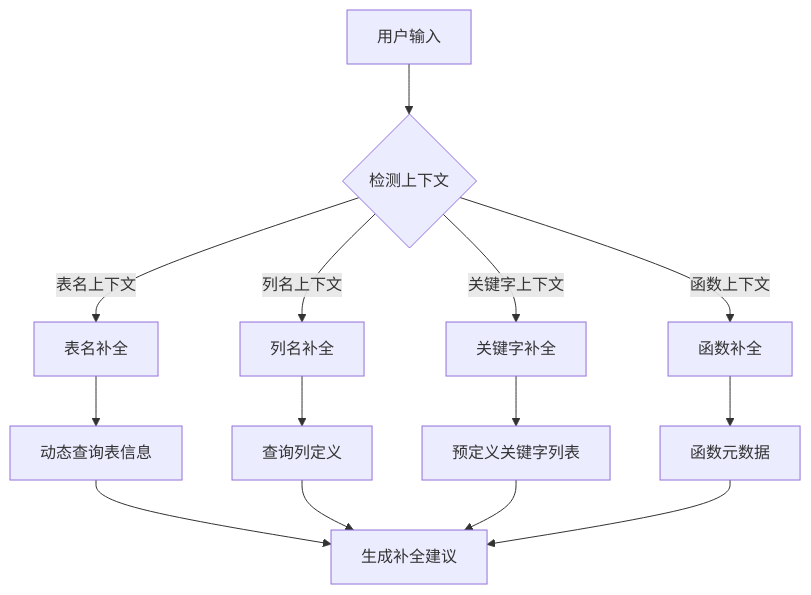
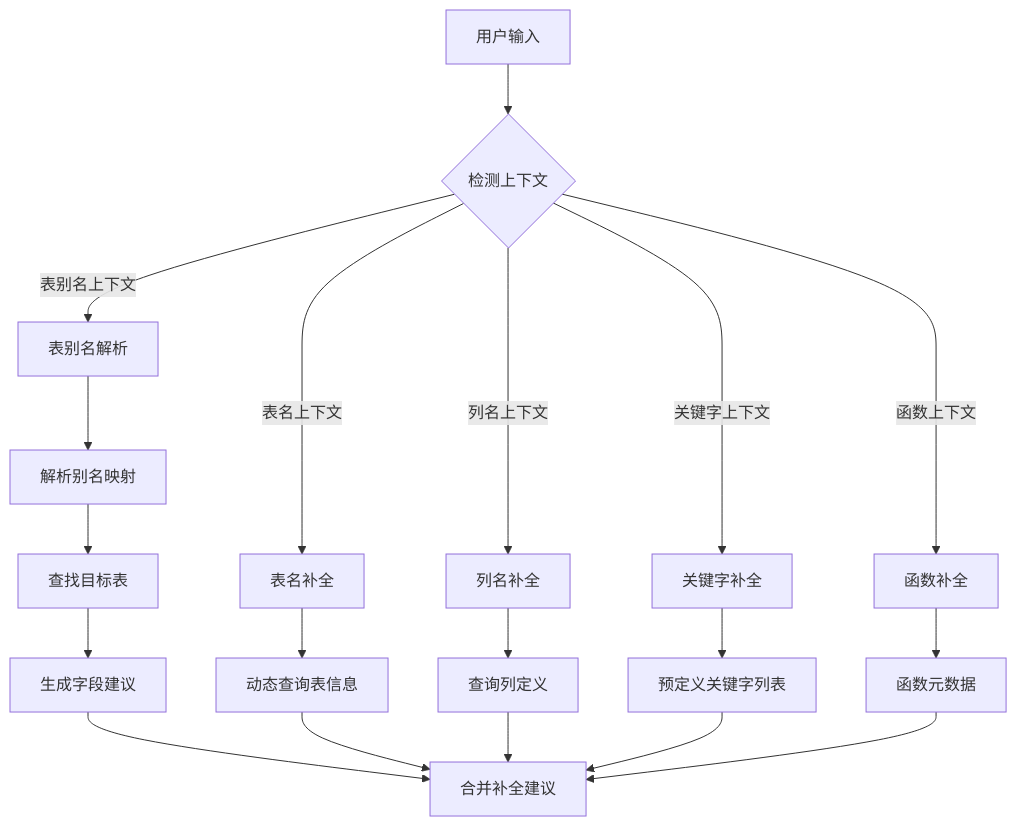
The fifth of 12 diagrams in .qoder/repowiki/zh/content/前端组件系统/SQL智能编辑功能.md (wwenbo2048/nexsql), drawn with Mermaid before and after one commit. The commit also changed other lines of this file and 10 other files, not shown here.

````diff
--- a/.qoder/repowiki/zh/content/前端组件系统/SQL智能编辑功能.md
+++ b/.qoder/repowiki/zh/content/前端组件系统/SQL智能编辑功能.md
@@ -208,16 +242,21 @@
 ```mermaid
 flowchart TD
 A[用户输入] --> B{检测上下文}
-B --> |表名上下文| C[表名补全]
-B --> |列名上下文| D[列名补全]
-B --> |关键字上下文| E[关键字补全]
-B --> |函数上下文| F[函数补全]
-C --> G[动态查询表信息]
-D --> H[查询列定义]
-E --> I[预定义关键字列表]
-F --> J[函数元数据]
-G --> K[生成补全建议]
-H --> K
-I --> K
-J --> K
+B --> |表别名上下文| C[表别名解析]
+B --> |表名上下文| D[表名补全]
+B --> |列名上下文| E[列名补全]
+B --> |关键字上下文| F[关键字补全]
+B --> |函数上下文| G[函数补全]
+C --> H[解析别名映射]
+H --> I[查找目标表]
+I --> J[生成字段建议]
+D --> K[动态查询表信息]
+E --> L[查询列定义]
+F --> M[预定义关键字列表]
+G --> N[函数元数据]
+J --> O[合并补全建议]
+K --> O
+L --> O
+M --> O
+N --> O
 ```
````
